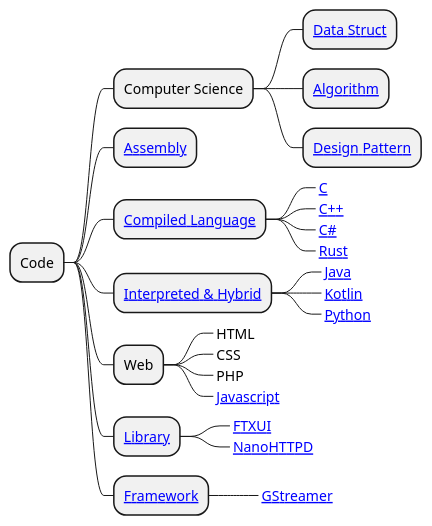
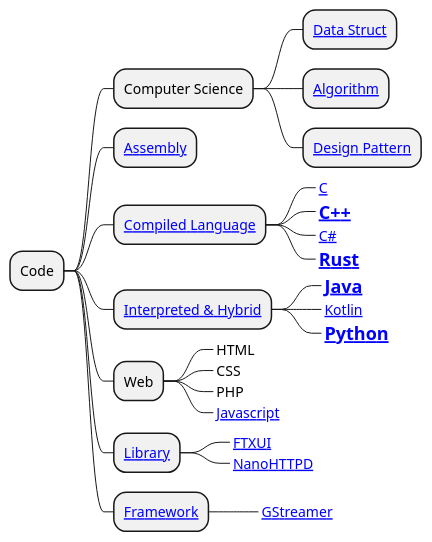
One commit to dothanhdathp/tadcode changed the diagram in docs/index.md. Above: the diagram before and after it, drawn with PlantUML. The commit also changed 10 other files, not shown here.

````diff
--- a/docs/index.md
+++ b/docs/index.md
@@ -7,39 +7,39 @@
 ```puml
 @startmindmap
 skinparam backgroundcolor transparent
 
 * Code
 
 ** Computer Science
 *** [[/CS/data-struct/ Data Struct]]
 *** [[/CS/algorithm-overview/ Algorithm]]
 *** [[/CS/design-pattern/ Design Pattern]]
 
 ** [[/Programming/assembly/assembly Assembly]]
 
 ** [[/Programming/compiled-language/ Compiled Language]]
 ***_ [[/Programming/c/c/ C]]
-***_ [[/Programming/cpp/cpp/ C++]]
+***_ =[[/Programming/cpp/cpp/ C++]]
 ***_ [[/Programming/c-sharp/c-sharp/ C#]]
-***_ [[/Programming/Rust/rust/ Rust]]
+***_ =[[/Programming/Rust/rust/ Rust]]
 
 ** [[/Programming/interpreted-hybrid-language/ Interpreted & Hybrid]]
-***_ [[/Programming/Java/java/ Java]]
+***_ =[[/Programming/Java/java/ Java]]
 ***_ [[/Programming/Kotlin/kotlin/ Kotlin]]
-***_ [[/Programming/python/python/ Python]]
+***_ =[[/Programming/python/python/ Python]]
 
 ** Web
 ***_ HTML
 ***_ CSS
 ***_ PHP
 ***_ [[/Web/Javascript/javascript/ Javascript]]
 
 ** [[/Library/library/ Library]]
 ***_ [[/Library/FTXUI/ftxui/ FTXUI]]
 ***_ [[/Library/NanoHTTPD/nano-httpd/ NanoHTTPD]]
 
 ** [[/Frameworks/frameworks/ Framework]]
 ***_ [[/Frameworks/GStreamer/gstreamer/ GStreamer]]
 
 @endmindmap
 ```
````
